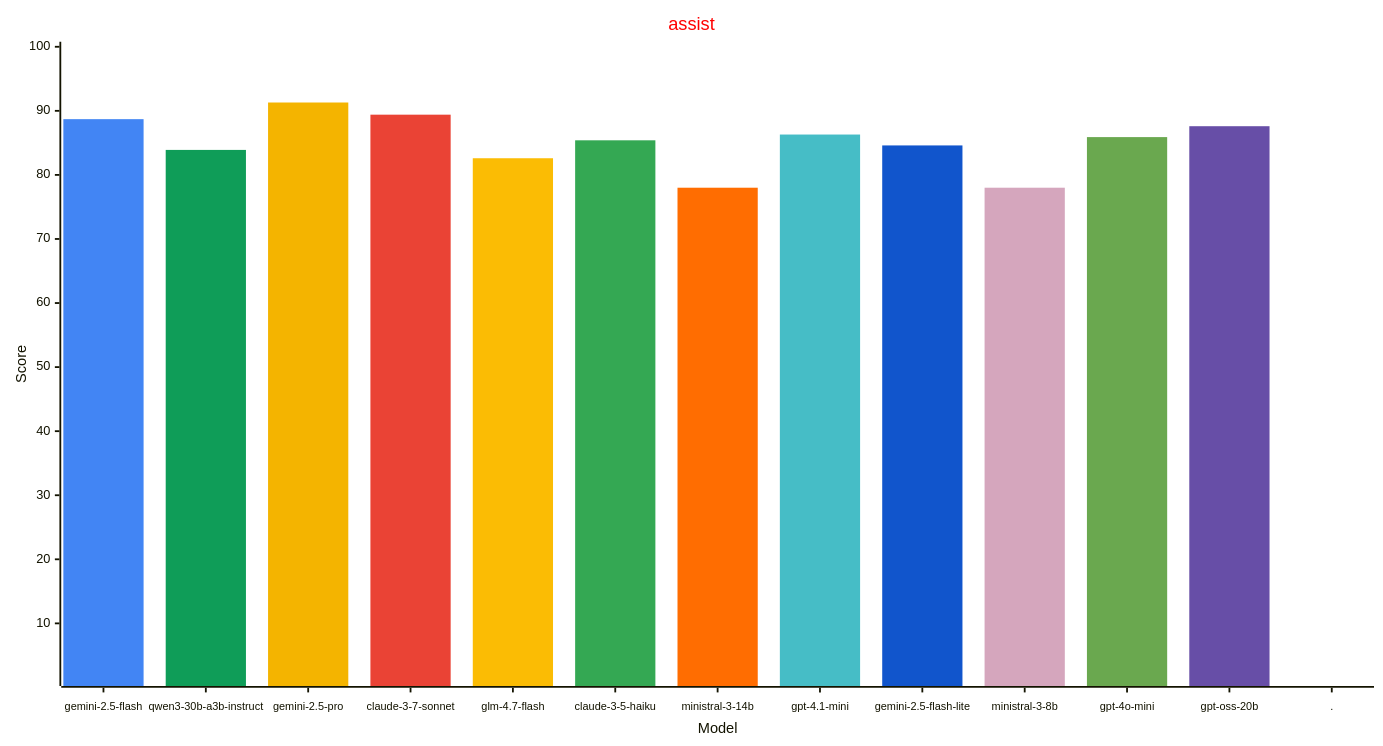
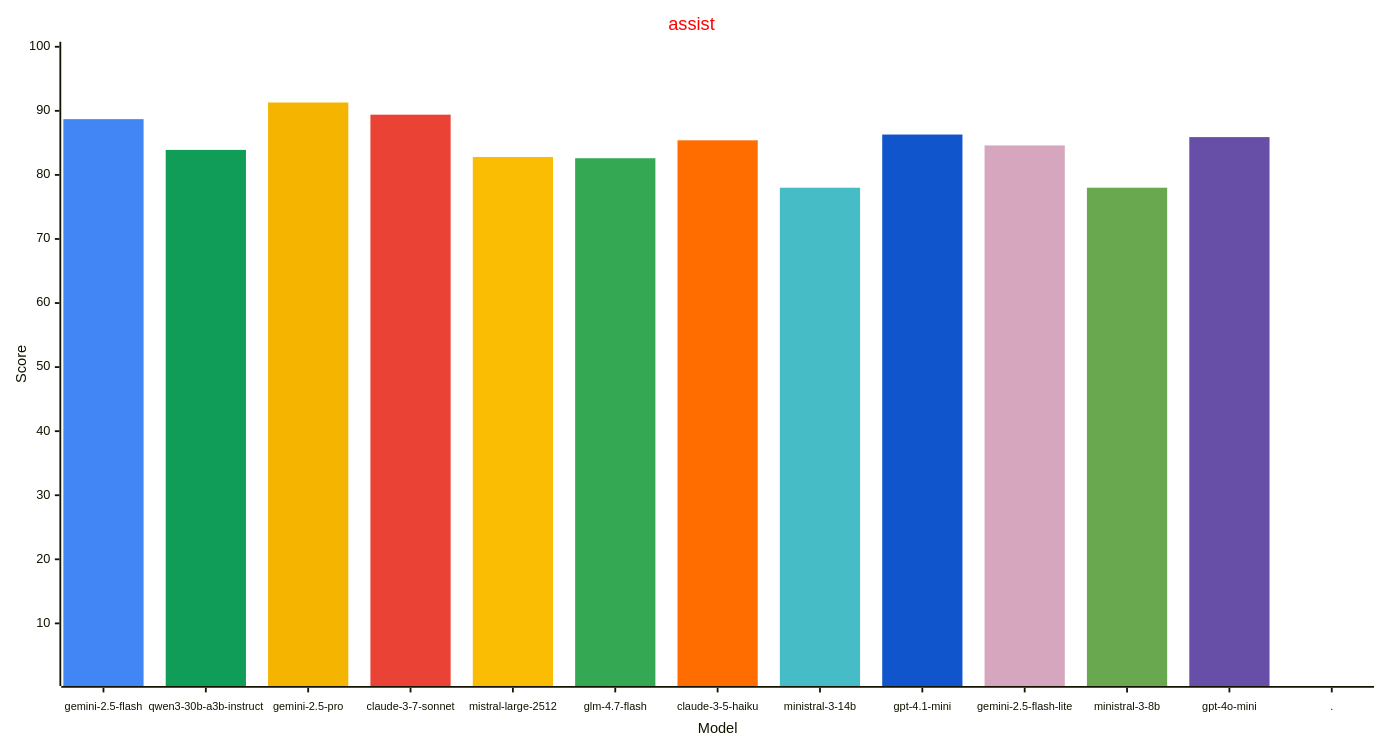
One commit to allenporter/home-assistant-datasets changed the first of 4 diagrams in reports/README.md. Above: the diagram before and after it, drawn with Mermaid. The commit also changed other lines of this file and 1087 other files, not shown here.

Commit message:
Benchmark: mistralai/mistral-large-2512 (OpenRouter)

````diff
--- a/reports/README.md
+++ b/reports/README.md
@@ -54,33 +55,33 @@
 ```mermaid
 ---
 config:
     xyChart:
         width: 1500
         height: 800
         xAxis:
           labelFontSize: 12
           labelPadding: 8
     themeVariables:
         xyChart:
             titleColor: "#ff0000"
             plotColorPalette: "#4285f4, #0f9d58, #f4b400, #ea4335, #fbbc04, #34a853, #ff6d01, #46bdc6, #1155cc, #d5a6bd, #6aa84f, #674ea7, #4285f4"
 
 ---
 xychart-beta
   title "assist"
-  x-axis "Model" [gemini-2.5-flash, qwen3-30b-a3b-instruct, gemini-2.5-pro, claude-3-7-sonnet, glm-4.7-flash, claude-3-5-haiku, ministral-3-14b, gpt-4.1-mini, gemini-2.5-flash-lite, ministral-3-8b, gpt-4o-mini, gpt-oss-20b, .]
+  x-axis "Model" [gemini-2.5-flash, qwen3-30b-a3b-instruct, gemini-2.5-pro, claude-3-7-sonnet, mistral-large-2512, glm-4.7-flash, claude-3-5-haiku, ministral-3-14b, gpt-4.1-mini, gemini-2.5-flash-lite, ministral-3-8b, gpt-4o-mini, .]
   y-axis "Score" 1 --> 100
   bar [88.7, 0.0, 0.0, 0.0, 0.0, 0.0, 0.0, 0.0, 0.0, 0.0, 0.0, 0.0, 0.0]
   bar [0.0, 83.9, 0.0, 0.0, 0.0, 0.0, 0.0, 0.0, 0.0, 0.0, 0.0, 0.0, 0.0]
   bar [0.0, 0.0, 91.3, 0.0, 0.0, 0.0, 0.0, 0.0, 0.0, 0.0, 0.0, 0.0, 0.0]
   bar [0.0, 0.0, 0.0, 89.4, 0.0, 0.0, 0.0, 0.0, 0.0, 0.0, 0.0, 0.0, 0.0]
-  bar [0.0, 0.0, 0.0, 0.0, 82.6, 0.0, 0.0, 0.0, 0.0, 0.0, 0.0, 0.0, 0.0]
-  bar [0.0, 0.0, 0.0, 0.0, 0.0, 85.4, 0.0, 0.0, 0.0, 0.0, 0.0, 0.0, 0.0]
-  bar [0.0, 0.0, 0.0, 0.0, 0.0, 0.0, 78.0, 0.0, 0.0, 0.0, 0.0, 0.0, 0.0]
-  bar [0.0, 0.0, 0.0, 0.0, 0.0, 0.0, 0.0, 86.3, 0.0, 0.0, 0.0, 0.0, 0.0]
-  bar [0.0, 0.0, 0.0, 0.0, 0.0, 0.0, 0.0, 0.0, 84.6, 0.0, 0.0, 0.0, 0.0]
-  bar [0.0, 0.0, 0.0, 0.0, 0.0, 0.0, 0.0, 0.0, 0.0, 78.0, 0.0, 0.0, 0.0]
-  bar [0.0, 0.0, 0.0, 0.0, 0.0, 0.0, 0.0, 0.0, 0.0, 0.0, 85.9, 0.0, 0.0]
-  bar [0.0, 0.0, 0.0, 0.0, 0.0, 0.0, 0.0, 0.0, 0.0, 0.0, 0.0, 87.6, 0.0]
+  bar [0.0, 0.0, 0.0, 0.0, 82.8, 0.0, 0.0, 0.0, 0.0, 0.0, 0.0, 0.0, 0.0]
+  bar [0.0, 0.0, 0.0, 0.0, 0.0, 82.6, 0.0, 0.0, 0.0, 0.0, 0.0, 0.0, 0.0]
+  bar [0.0, 0.0, 0.0, 0.0, 0.0, 0.0, 85.4, 0.0, 0.0, 0.0, 0.0, 0.0, 0.0]
+  bar [0.0, 0.0, 0.0, 0.0, 0.0, 0.0, 0.0, 78.0, 0.0, 0.0, 0.0, 0.0, 0.0]
+  bar [0.0, 0.0, 0.0, 0.0, 0.0, 0.0, 0.0, 0.0, 86.3, 0.0, 0.0, 0.0, 0.0]
+  bar [0.0, 0.0, 0.0, 0.0, 0.0, 0.0, 0.0, 0.0, 0.0, 84.6, 0.0, 0.0, 0.0]
+  bar [0.0, 0.0, 0.0, 0.0, 0.0, 0.0, 0.0, 0.0, 0.0, 0.0, 78.0, 0.0, 0.0]
+  bar [0.0, 0.0, 0.0, 0.0, 0.0, 0.0, 0.0, 0.0, 0.0, 0.0, 0.0, 85.9, 0.0]
   bar [0.0, 0.0, 0.0, 0.0, 0.0, 0.0, 0.0, 0.0, 0.0, 0.0, 0.0, 0.0, -1.0]
 ```
````
